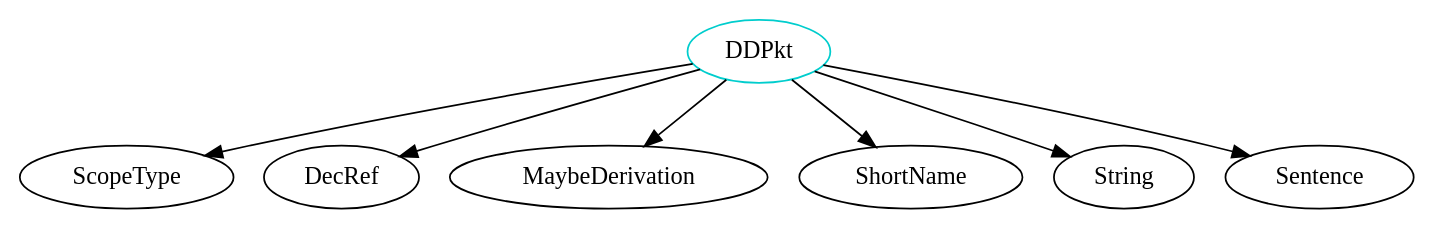
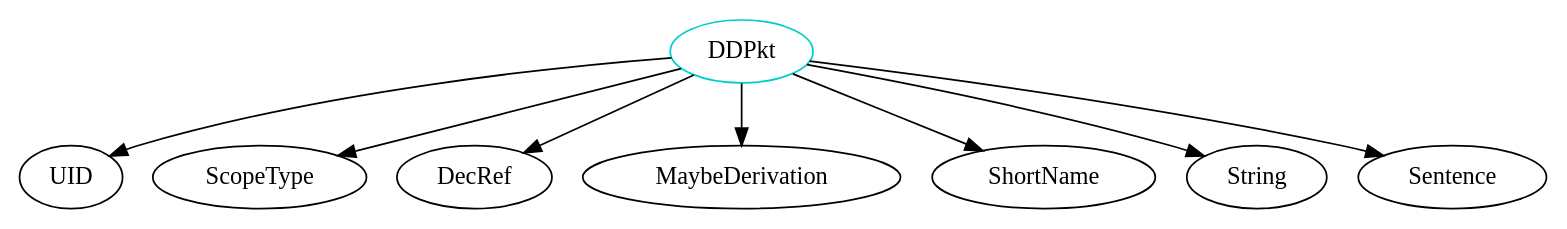
Before and after one commit to JacquesCarette/Drasil: the diagram in analysis/TypeDependencyGraphs/theory/DDPkt.dot, drawn with Graphviz. The commit also changed 596 other files, not shown here.

```diff
--- a/analysis/TypeDependencyGraphs/theory/DDPkt.dot
+++ b/analysis/TypeDependencyGraphs/theory/DDPkt.dot
@@ -1,9 +1,10 @@
 digraph ddpkt{
 DDPkt	[shape=oval, color=cyan3, label="DDPkt"];
+DDPkt -> UID;
 DDPkt -> ScopeType;
 DDPkt -> DecRef;
 DDPkt -> MaybeDerivation;
 DDPkt -> ShortName;
 DDPkt -> String;
 DDPkt -> Sentence;
 }
```
